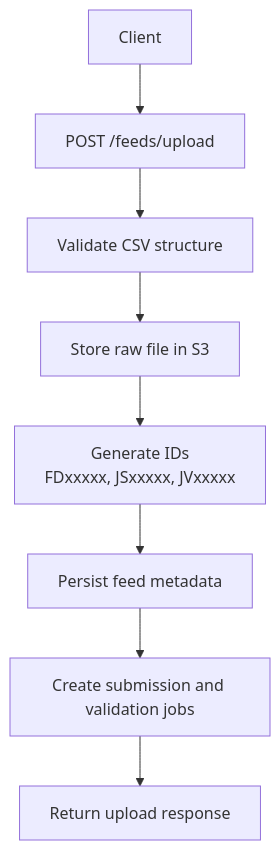
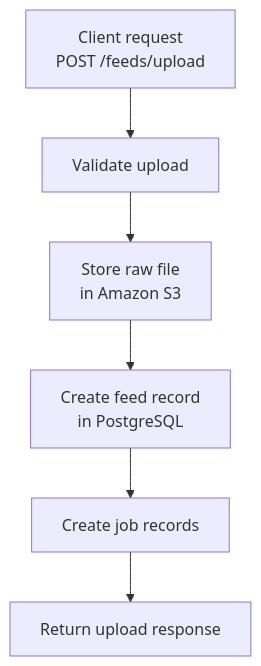
Before and after one commit to rayajose/writing-portfolio: the first of 3 diagrams in docs/api/architecture.md, drawn with Mermaid. The commit also changed other lines of this file and 8 other files, not shown here.

````diff
--- a/docs/api/architecture.md
+++ b/docs/api/architecture.md
@@ -204,10 +147,24 @@
 ```mermaid
 flowchart TD
-    A["Client"] --> B["POST /feeds/upload"]
-    B --> C["Validate CSV structure"]
-    C --> D["Store raw file in S3"]
-    D --> E["Generate IDs<br>FDxxxxx, JSxxxxx, JVxxxxx"]
-    E --> F["Persist feed metadata"]
-    F --> G["Create submission and validation jobs"]
-    G --> H["Return upload response"]
+
+    A["Client request
+    POST /feeds/upload"]
+
+    B["Validate upload"]
+
+    C["Store raw file
+    in Amazon S3"]
+
+    D["Create feed record
+    in PostgreSQL"]
+
+    E["Create job records"]
+
+    F["Return upload response"]
+
+    A --> B
+    B --> C
+    C --> D
+    D --> E
+    E --> F
 ```
````
